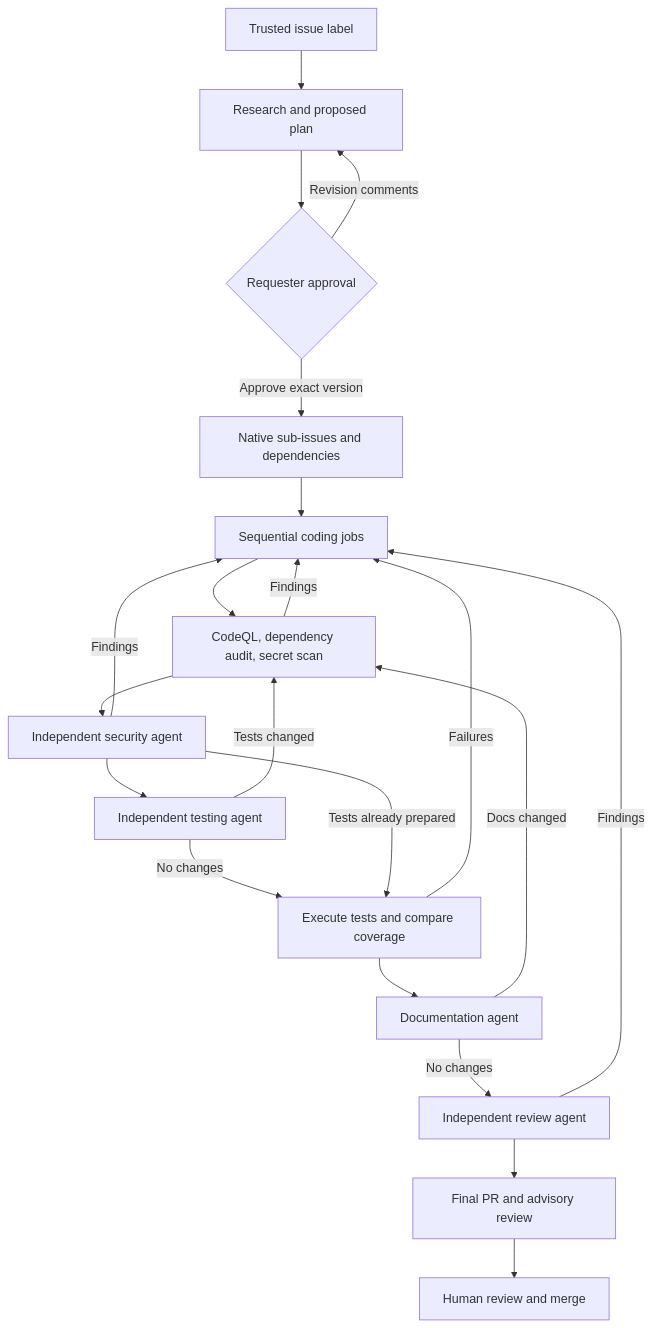
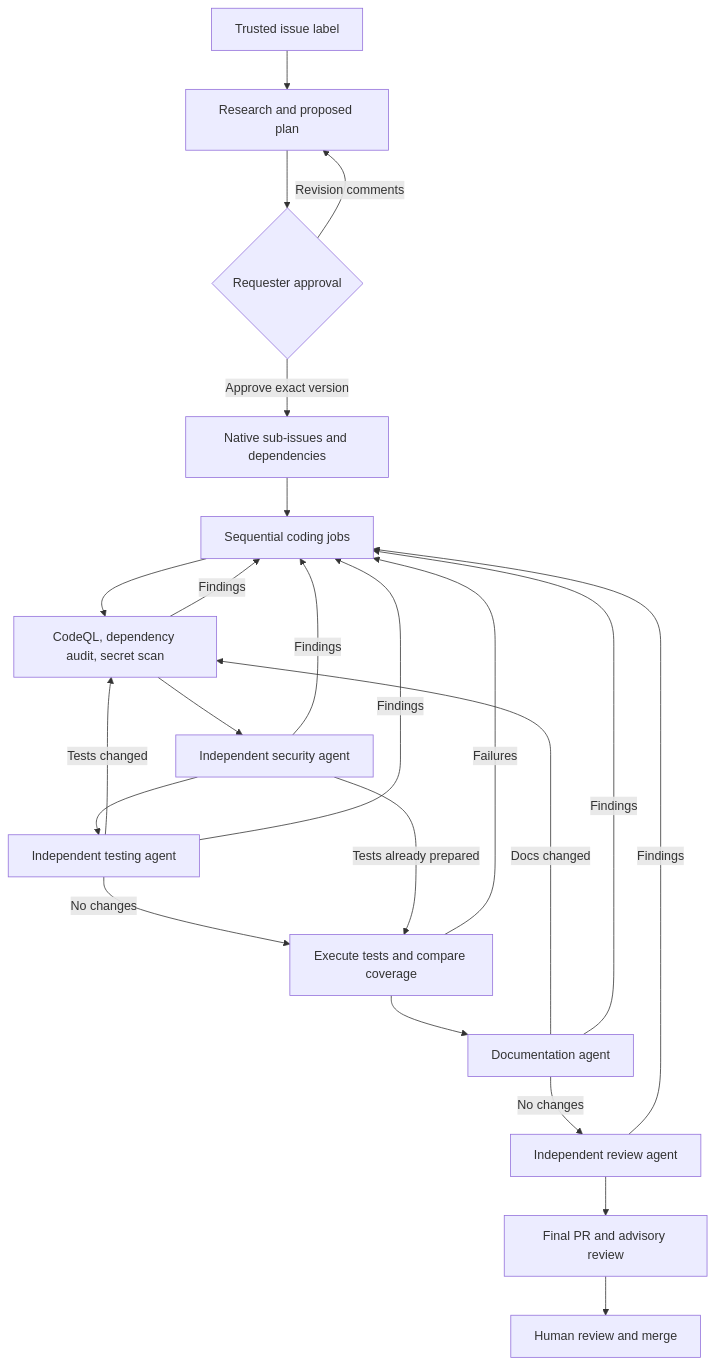
One commit to dav1dc-github-cs-org/agentic-sdlc-prototype changed the diagram in README.md. Above: the diagram before and after it, drawn with Mermaid. The commit also changed 4 other files, not shown here.

````diff
--- a/README.md
+++ b/README.md
@@ -14,23 +14,25 @@
 ```mermaid
 flowchart TD
   issue[Trusted issue label] --> research[Research and proposed plan]
   research --> approval{Requester approval}
   approval -->|Revision comments| research
   approval -->|Approve exact version| tasks[Native sub-issues and dependencies]
   tasks --> coding[Sequential coding jobs]
   coding --> scans[CodeQL, dependency audit, secret scan]
   scans --> security[Independent security agent]
   security --> testing[Independent testing agent]
   testing -->|Tests changed| scans
   testing -->|No changes| validation[Execute tests and compare coverage]
   security -->|Tests already prepared| validation
   validation --> documentation[Documentation agent]
   documentation -->|Docs changed| scans
   documentation -->|No changes| review[Independent review agent]
   review --> publication[Final PR and advisory review]
   publication --> human[Human review and merge]
   scans -->|Findings| coding
   security -->|Findings| coding
+  testing -->|Findings| coding
   validation -->|Failures| coding
+  documentation -->|Findings| coding
   review -->|Findings| coding
 ```
````
